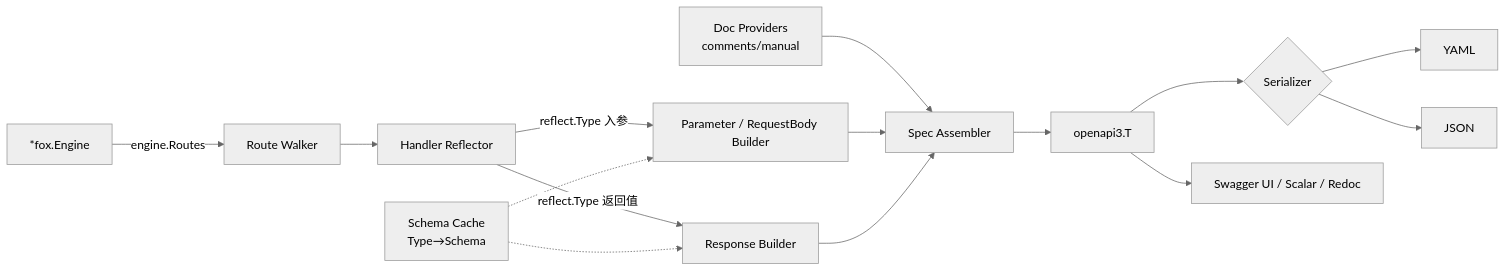
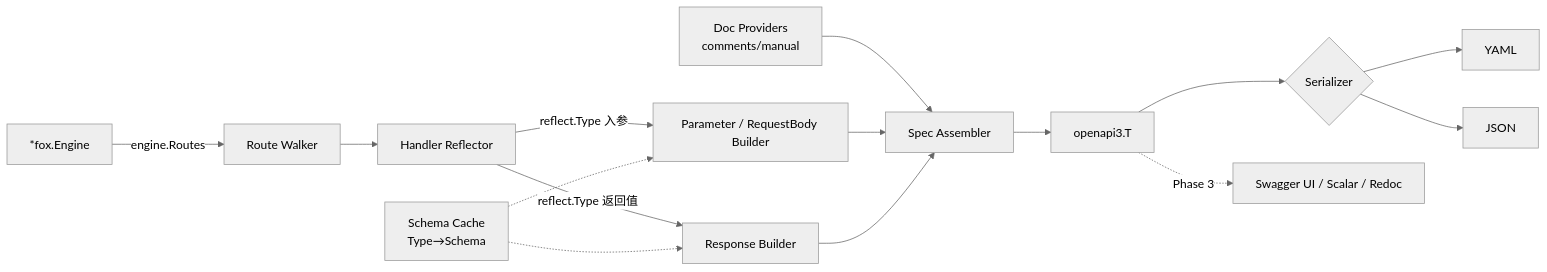
The diagram in docs/openapi-design.md (miclle/fox), drawn with Mermaid (neutral theme) before and after one commit. The commit also changed other lines of this file, not shown here.

````diff
--- a/docs/openapi-design.md
+++ b/docs/openapi-design.md
@@ -41,17 +41,17 @@
 ```mermaid
 flowchart LR
     A[*fox.Engine] -->|engine.Routes| B[Route Walker]
     B --> C[Handler Reflector]
     C -->|reflect.Type 入参| D[Parameter / RequestBody Builder]
     C -->|reflect.Type 返回值| E[Response Builder]
     F[Doc Providers<br/>comments/manual] --> G[Spec Assembler]
     D --> G
     E --> G
     H[Schema Cache<br/>Type→Schema] -.-> D
     H -.-> E
     G --> I[openapi3.T]
     I --> J{Serializer}
     J --> K[YAML]
     J --> L[JSON]
-    I --> M[Swagger UI / Scalar / Redoc]
+    I -.Phase 3.-> M[Swagger UI / Scalar / Redoc]
 ```
````
